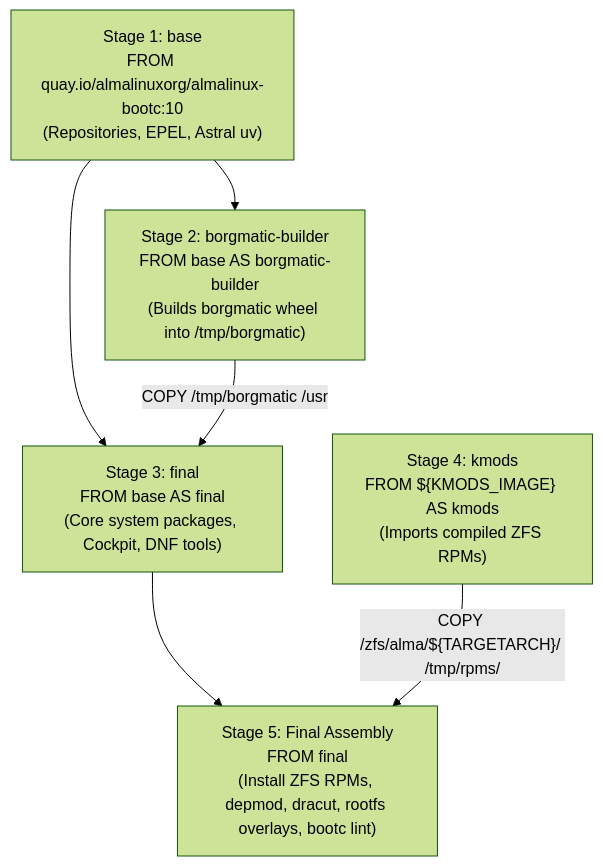
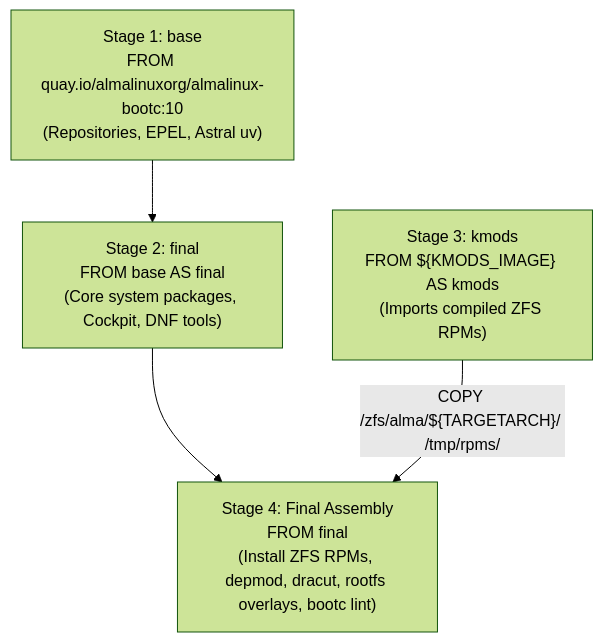
One commit to braccae/coreos changed the first of 2 diagrams in docs/build-system.md. Above: the diagram before and after it, drawn with Mermaid (forest theme). The commit also changed other lines of this file and 17 other files, not shown here.

````diff
--- a/docs/build-system.md
+++ b/docs/build-system.md
@@ -14,14 +14,11 @@
 ```mermaid
 flowchart TD
     Base["Stage 1: base<br/>FROM quay.io/almalinuxorg/almalinux-bootc:10<br/>(Repositories, EPEL, Astral uv)"]
-    Borg["Stage 2: borgmatic-builder<br/>FROM base AS borgmatic-builder<br/>(Builds borgmatic wheel into /tmp/borgmatic)"]
-    Final["Stage 3: final<br/>FROM base AS final<br/>(Core system packages, Cockpit, DNF tools)"]
-    Kmods["Stage 4: kmods<br/>FROM ${KMODS_IMAGE} AS kmods<br/>(Imports compiled ZFS RPMs)"]
-    Assembly["Stage 5: Final Assembly<br/>FROM final<br/>(Install ZFS RPMs, depmod, dracut, rootfs overlays, bootc lint)"]
+    Final["Stage 2: final<br/>FROM base AS final<br/>(Core system packages, Cockpit, DNF tools)"]
+    Kmods["Stage 3: kmods<br/>FROM ${KMODS_IMAGE} AS kmods<br/>(Imports compiled ZFS RPMs)"]
+    Assembly["Stage 4: Final Assembly<br/>FROM final<br/>(Install ZFS RPMs, depmod, dracut, rootfs overlays, bootc lint)"]
 
-    Base --> Borg
     Base --> Final
-    Borg -- "COPY /tmp/borgmatic /usr" --> Final
     Final --> Assembly
     Kmods -- "COPY /zfs/alma/${TARGETARCH}/ /tmp/rpms/" --> Assembly
 ```
````
